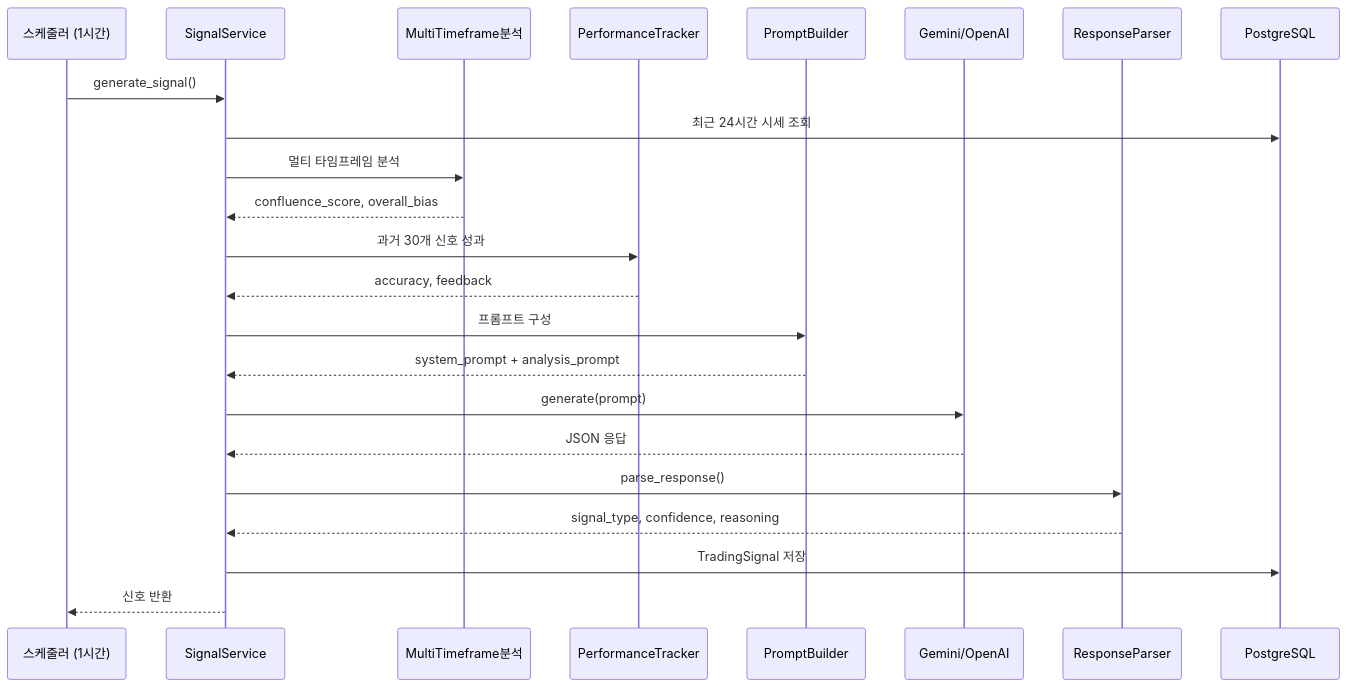
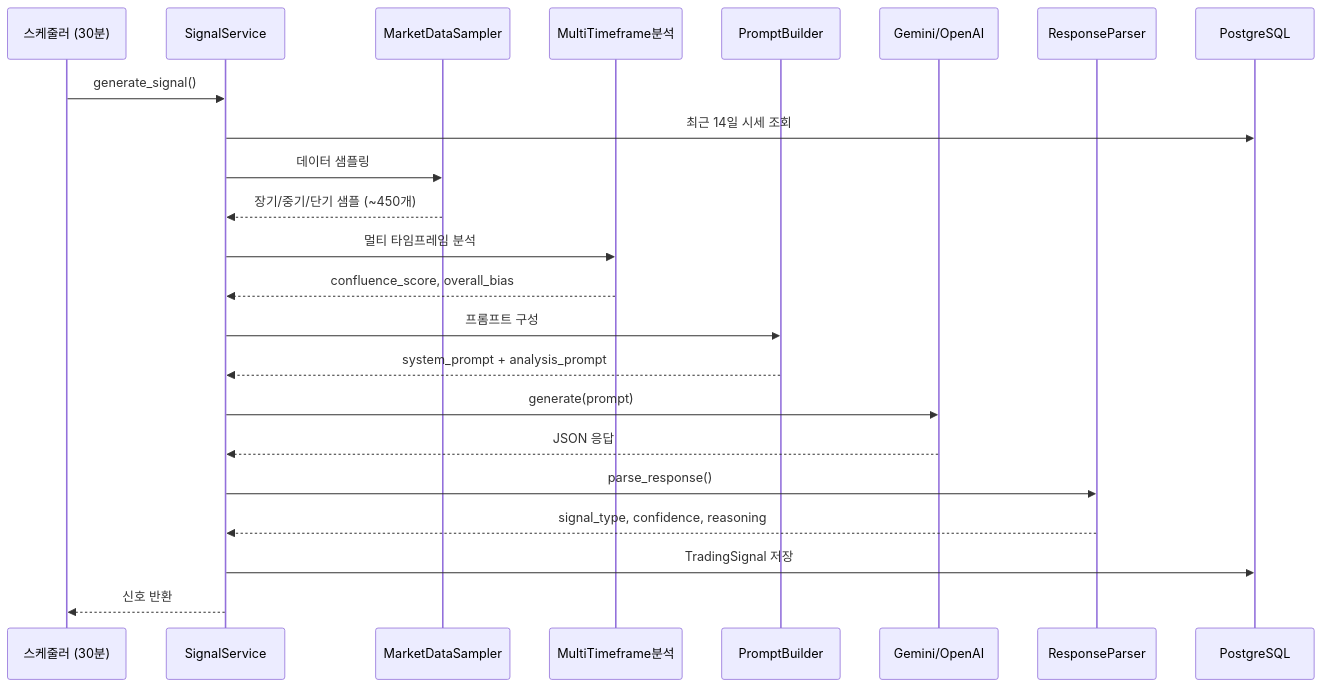
One commit to grayson1999/Bitcoin-Auto-Trading changed the first of 2 diagrams in docs/AI_SIGNAL_SYSTEM.md. Above: the diagram before and after it, drawn with Mermaid. The commit also changed other lines of this file and 1 other file, not shown here.

````diff
--- a/docs/AI_SIGNAL_SYSTEM.md
+++ b/docs/AI_SIGNAL_SYSTEM.md
@@ -29,26 +32,26 @@
 ```mermaid
 sequenceDiagram
-    participant SCH as 스케줄러 (1시간)
+    participant SCH as 스케줄러 (30분)
     participant SS as SignalService
+    participant SMP as MarketDataSampler
     participant MTF as MultiTimeframe분석
-    participant PT as PerformanceTracker
     participant PB as PromptBuilder
     participant AI as Gemini/OpenAI
     participant RP as ResponseParser
     participant DB as PostgreSQL
 
     SCH->>SS: generate_signal()
-    SS->>DB: 최근 24시간 시세 조회
+    SS->>DB: 최근 14일 시세 조회
+    SS->>SMP: 데이터 샘플링
+    SMP-->>SS: 장기/중기/단기 샘플 (~450개)
     SS->>MTF: 멀티 타임프레임 분석
     MTF-->>SS: confluence_score, overall_bias
-    SS->>PT: 과거 30개 신호 성과
-    PT-->>SS: accuracy, feedback
     SS->>PB: 프롬프트 구성
     PB-->>SS: system_prompt + analysis_prompt
     SS->>AI: generate(prompt)
     AI-->>SS: JSON 응답
     SS->>RP: parse_response()
     RP-->>SS: signal_type, confidence, reasoning
     SS->>DB: TradingSignal 저장
     SS-->>SCH: 신호 반환
 ```
````
